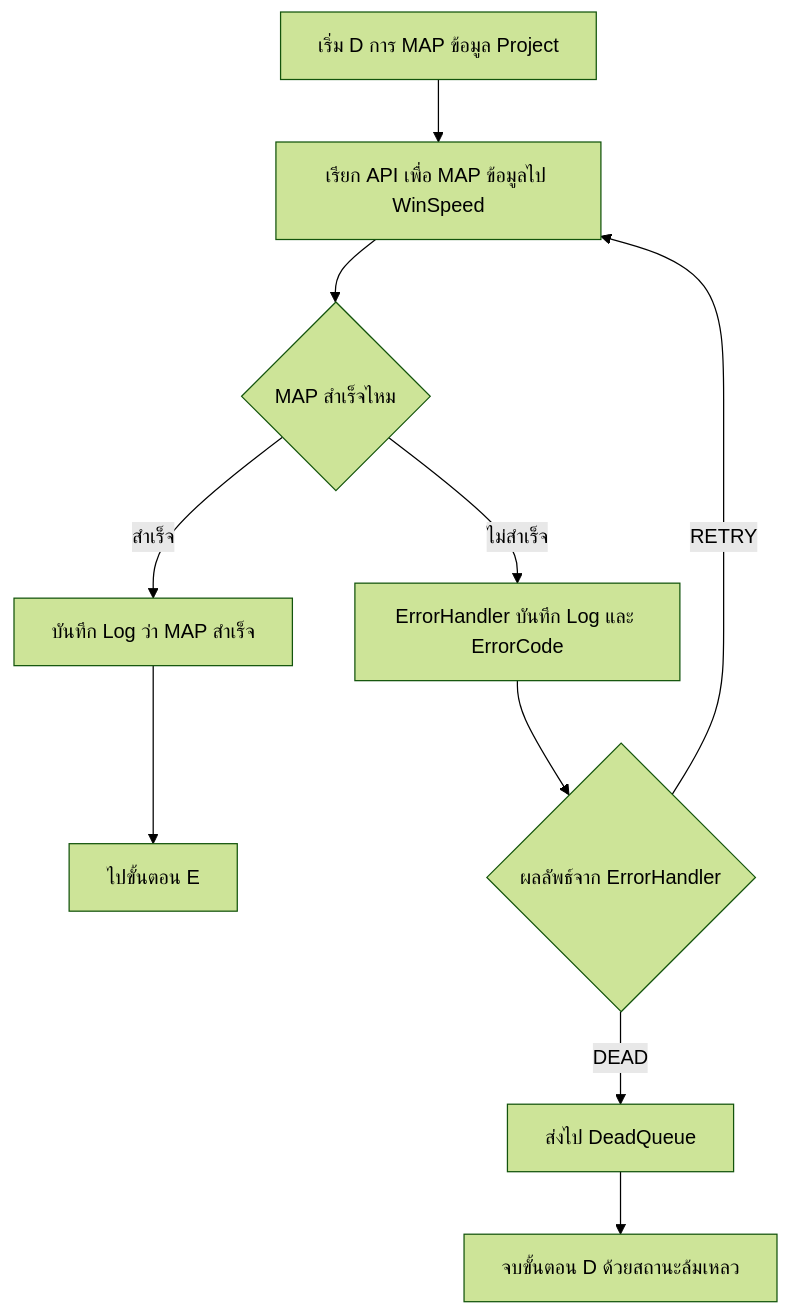
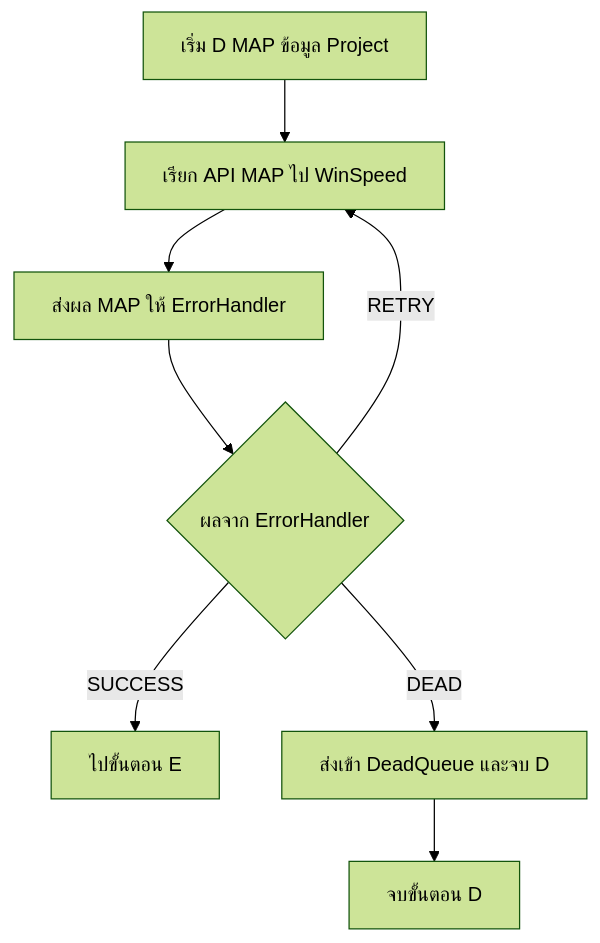
The diagram in ทำใหม่ V2/D_MAP.mmd (MethapornANT/FlowEngine), drawn with Mermaid (forest theme) before and after one commit. The commit also changed 4 other files, not shown here.

```diff
--- a/ทำใหม่ V2/D_MAP.mmd
+++ b/ทำใหม่ V2/D_MAP.mmd
@@ -1,15 +1,13 @@
 graph TD
-D_Start[เริ่ม D การ MAP ข้อมูล Project] --> D1[เรียก API เพื่อ MAP ข้อมูลไป WinSpeed]
+D_Start[เริ่ม D MAP ข้อมูล Project] --> D1[เรียก API MAP ไป WinSpeed]
 
-D1 --> D2{MAP สำเร็จไหม}
+%% ส่งผลให้ ErrorHandler ตัดสิน
+D1 --> D_EH[ส่งผล MAP ให้ ErrorHandler]
 
-D2 -- สำเร็จ --> L_Success[บันทึก Log ว่า MAP สำเร็จ]
-L_Success --> E_Start[ไปขั้นตอน E]
+D_EH --> D_Result{ผลจาก ErrorHandler}
 
-D2 -- ไม่สำเร็จ --> EH[ErrorHandler บันทึก Log และ ErrorCode]
+D_Result -- SUCCESS --> E_Start[ไปขั้นตอน E]
+D_Result -- RETRY --> D1
+D_Result -- DEAD --> D_Dead[ส่งเข้า DeadQueue และจบ D]
 
-EH --> R{ผลลัพธ์จาก ErrorHandler}
-
-R -- RETRY --> D1
-R -- DEAD --> DeadQ[ส่งไป DeadQueue]
-DeadQ --> D_End[จบขั้นตอน D ด้วยสถานะล้มเหลว]
+D_Dead --> D_End[จบขั้นตอน D]
```
